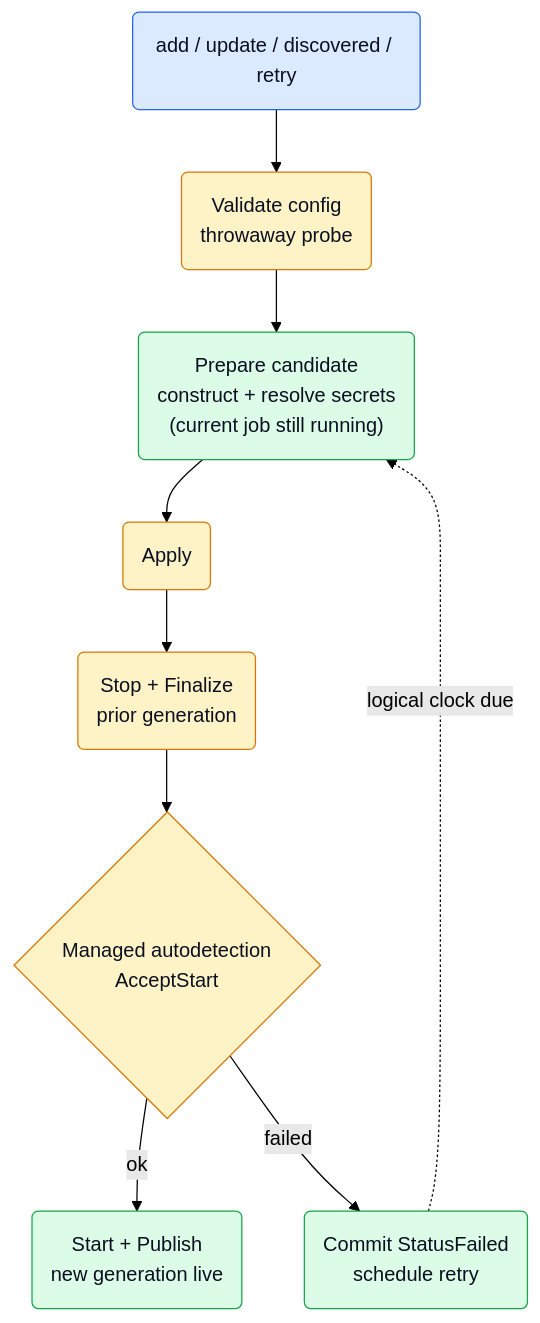
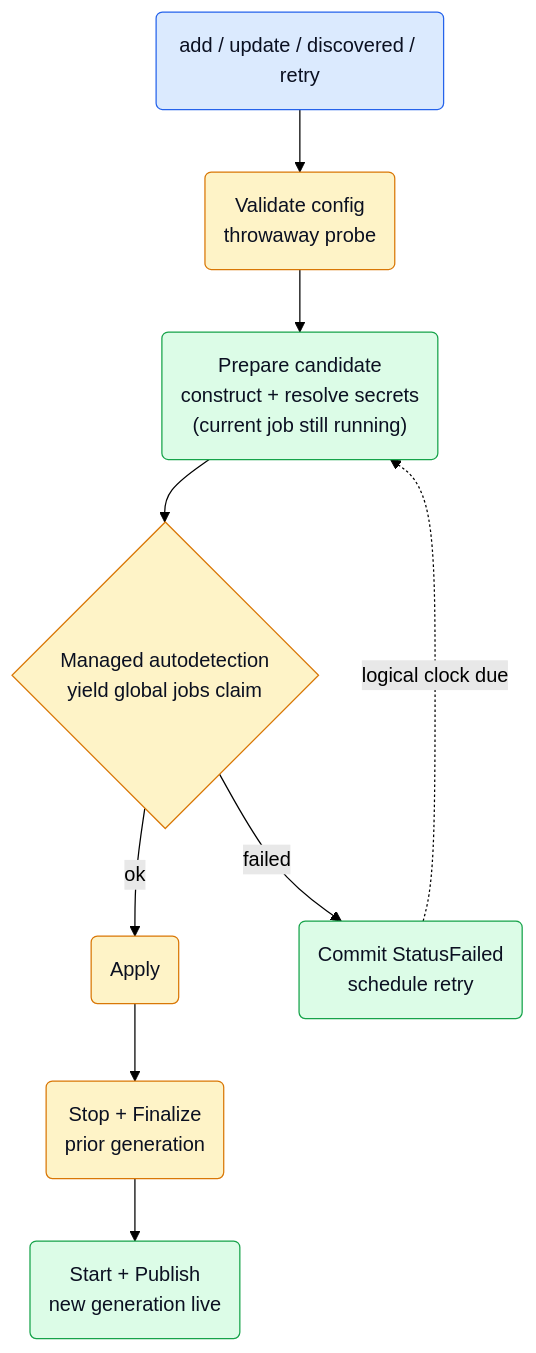
One commit to netdata/netdata changed the fourth of 6 diagrams in src/go/plugin/agent/jobmgr/ARCHITECTURE.md. Above: the diagram before and after it, drawn with Mermaid (forest theme). The commit also changed other lines of this file and 122 other files, not shown here.

````diff
--- a/src/go/plugin/agent/jobmgr/ARCHITECTURE.md
+++ b/src/go/plugin/agent/jobmgr/ARCHITECTURE.md
@@ -232,23 +284,23 @@
 ```mermaid
 flowchart TD
     Cmd("add / update / discovered / retry")
     Validate("Validate config<br/>throwaway probe")
     Prepare("Prepare candidate<br/>construct + resolve secrets<br/>(current job still running)")
+    AutoD{"Managed autodetection<br/>yield global jobs claim"}
     Apply("Apply")
     StopOld("Stop + Finalize<br/>prior generation")
-    AutoD{"Managed autodetection<br/>AcceptStart"}
     Live("Start + Publish<br/>new generation live")
     Fail("Commit StatusFailed<br/>schedule retry")
 
-    Cmd --> Validate --> Prepare --> Apply --> StopOld --> AutoD
-    AutoD -->|"ok"| Live
+    Cmd --> Validate --> Prepare --> AutoD
+    AutoD -->|"ok"| Apply --> StopOld --> Live
     AutoD -->|"failed"| Fail
     Fail -. "logical clock due" .-> Prepare
 
     classDef ext fill:#dbeafe,stroke:#2563eb,color:#0b1021;
     classDef core fill:#fef3c7,stroke:#d97706,color:#0b1021;
     classDef job fill:#dcfce7,stroke:#16a34a,color:#0b1021;
     class Cmd ext;
     class Validate,Apply,StopOld,AutoD core;
     class Prepare,Live,Fail job;
 ```
````
